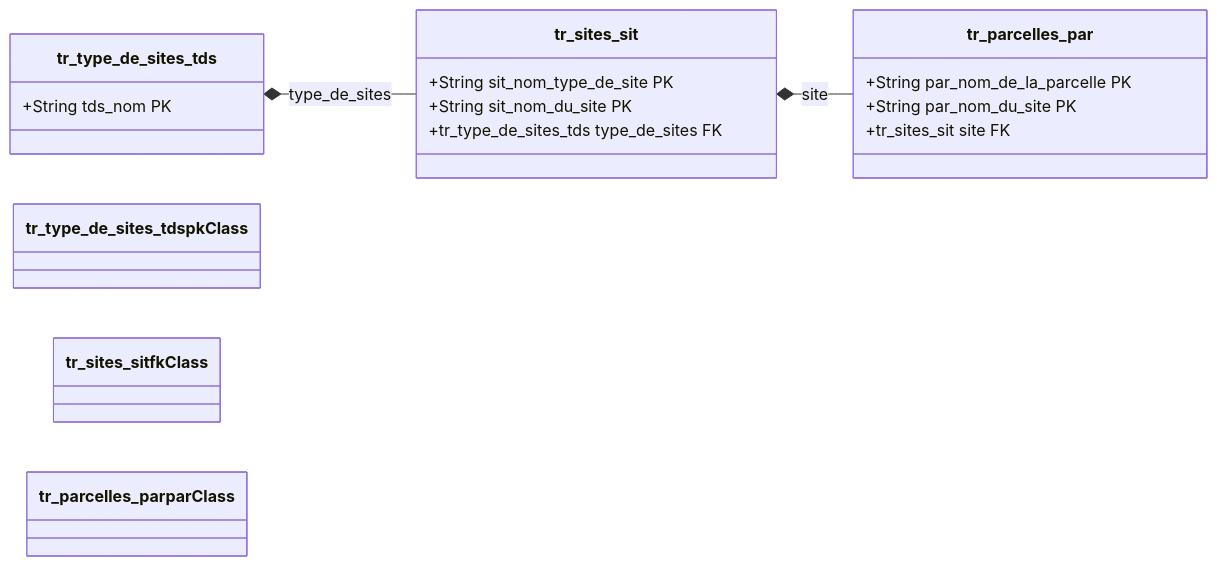
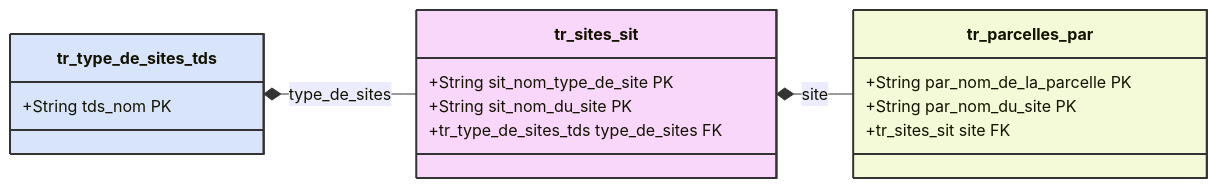
One commit to ptcherniati/openadom changed the diagram in documentations/openadom/fichiers/fichier_echange/data/components/basic_components.qmd. Above: the diagram before and after it, drawn with Mermaid.

Commit message:
Correction mermaid

````diff
--- a/documentations/openadom/fichiers/fichier_echange/data/components/basic_components.qmd
+++ b/documentations/openadom/fichiers/fichier_echange/data/components/basic_components.qmd
@@ -25,30 +25,27 @@
 ```{mermaid}
 classDiagram
     direction LR
     tr_sites_sit *-- tr_parcelles_par:site
     tr_type_de_sites_tds  *-- tr_sites_sit:type_de_sites
     
     class tr_type_de_sites_tds {
         +String tds_nom PK
     }
     
     class tr_sites_sit {
         +String sit_nom_type_de_site PK
         +String sit_nom_du_site PK
         +tr_type_de_sites_tds type_de_sites FK
     }
     
     class tr_parcelles_par {
         +String par_nom_de_la_parcelle PK
         +String par_nom_du_site PK
         +tr_sites_sit site FK
     }
 
-  classDef pkClass fill:#d7e4fa,stroke:#333,stroke-width:2px
-  classDef fkClass fill:#f8d7fa,stroke:#333,stroke-width:2px
-  classDef parClass fill:#f4fad7,stroke:#333,stroke-width:2px
-  
-  class tr_type_de_sites_tds pkClass
-  class tr_sites_sit fkClass
-  class tr_parcelles_par parClass
+    %% Styles
+    style tr_type_de_sites_tds fill:#d7e4fa,stroke:#333,stroke-width:2px
+    style tr_sites_sit fill:#f8d7fa,stroke:#333,stroke-width:2px
+    style tr_parcelles_par fill:#f4fad7,stroke:#333,stroke-width:2px
 ```
````
